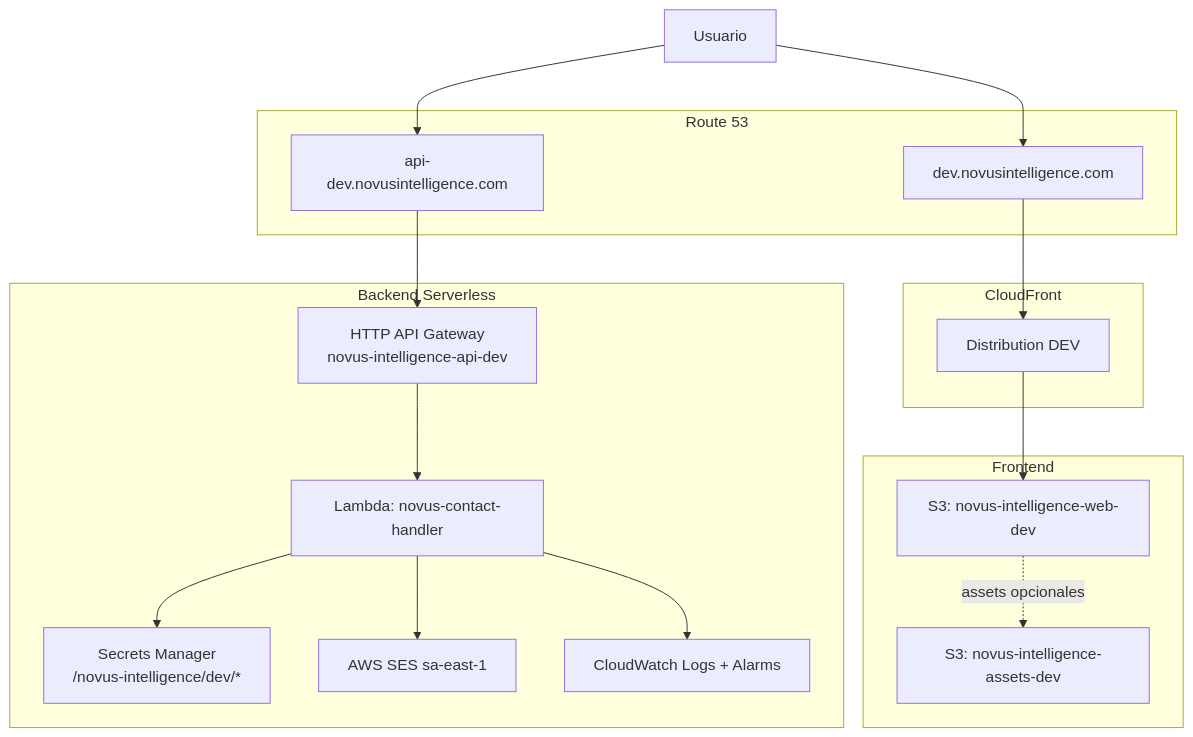
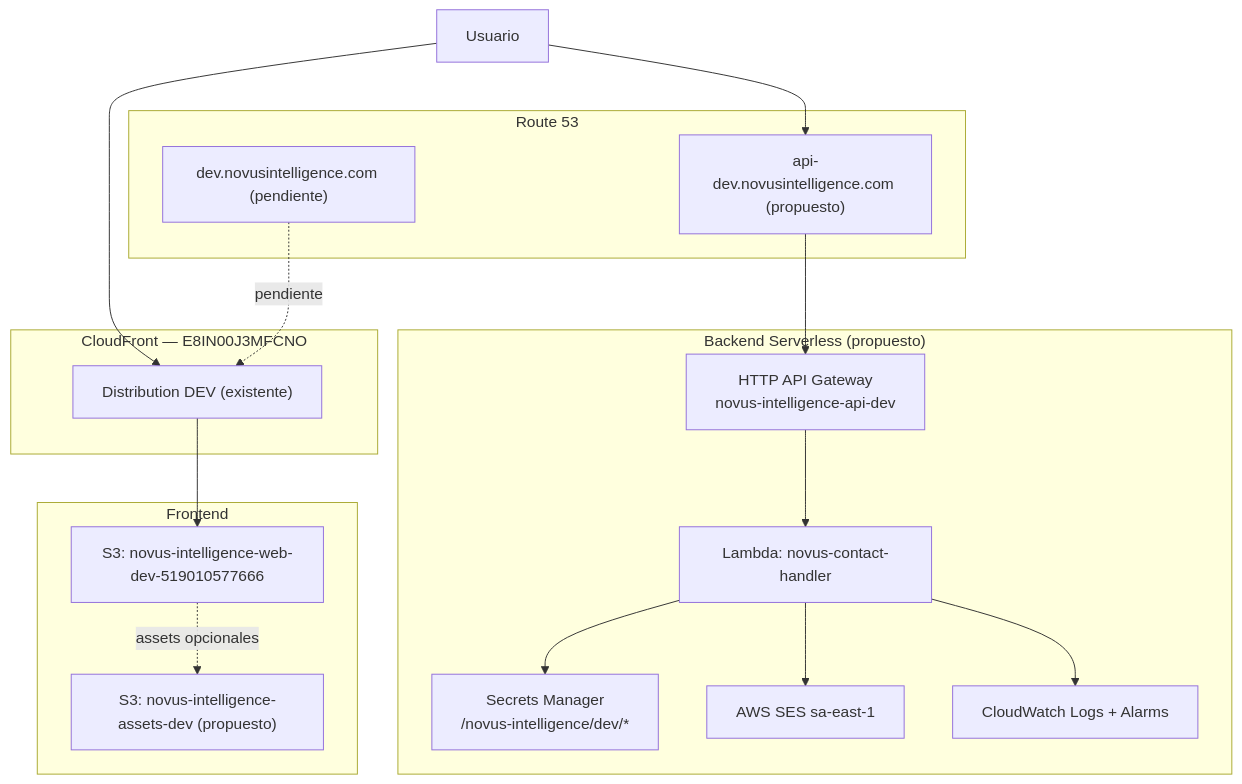
One commit to arodriguez-novusintelligence/NovusAIDevelopmentFramework changed the diagram in .nadf/projects/novus-intelligence/artifacts/propuesta-infra.md. Above: the diagram before and after it, drawn with Mermaid. The commit also changed other lines of this file and 1 other file, not shown here.

First line of the commit message:
docs(cloud-agent): actualizar propuesta infra DEV sa-east-1 paso-08

````diff
--- a/.nadf/projects/novus-intelligence/artifacts/propuesta-infra.md
+++ b/.nadf/projects/novus-intelligence/artifacts/propuesta-infra.md
@@ -100,31 +99,33 @@
 ```mermaid
 flowchart TB
     subgraph DNS["Route 53"]
-        FE_DNS["dev.novusintelligence.com"]
-        API_DNS["api-dev.novusintelligence.com"]
+        FE_DNS["dev.novusintelligence.com (pendiente)"]
+        API_DNS["api-dev.novusintelligence.com (propuesto)"]
     end
 
-    subgraph CDN["CloudFront"]
-        CF["Distribution DEV"]
+    subgraph CDN["CloudFront — E8IN00J3MFCNO"]
+        CF["Distribution DEV (existente)"]
     end
 
     subgraph FE["Frontend"]
-        S3_WEB["S3: novus-intelligence-web-dev"]
-        S3_ASSETS["S3: novus-intelligence-assets-dev"]
+        S3_WEB["S3: novus-intelligence-web-dev-519010577666"]
+        S3_ASSETS["S3: novus-intelligence-assets-dev (propuesto)"]
     end
 
-    subgraph API["Backend Serverless"]
+    subgraph API["Backend Serverless (propuesto)"]
         AGW["HTTP API Gateway<br/>novus-intelligence-api-dev"]
         LAM["Lambda: novus-contact-handler"]
         SEC["Secrets Manager<br/>/novus-intelligence/dev/*"]
         SES["AWS SES sa-east-1"]
         CW["CloudWatch Logs + Alarms"]
     end
 
-    U[Usuario] --> FE_DNS --> CF --> S3_WEB
+    U[Usuario] --> CF
+    FE_DNS -. pendiente .-> CF
+    CF --> S3_WEB
     U --> API_DNS --> AGW --> LAM
     LAM --> SEC
     LAM --> SES
     LAM --> CW
     S3_WEB -. assets opcionales .-> S3_ASSETS
 ```
````
